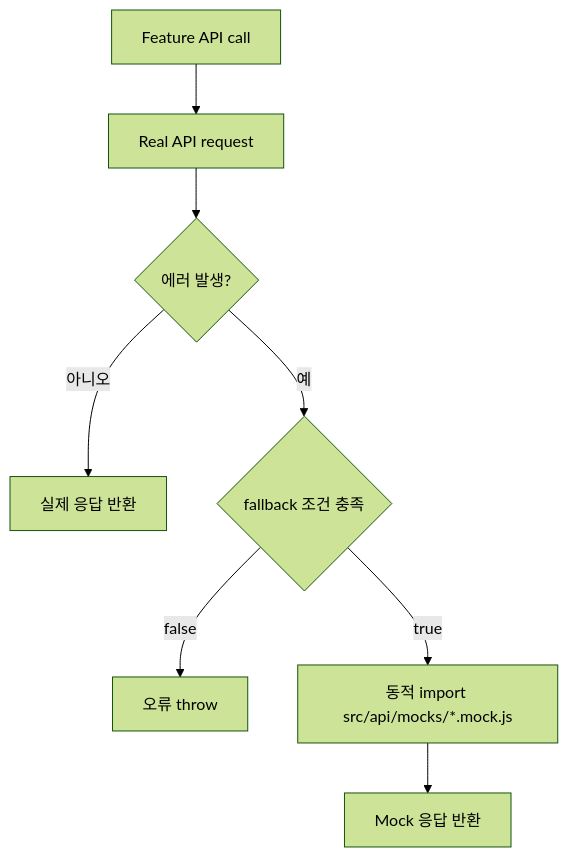
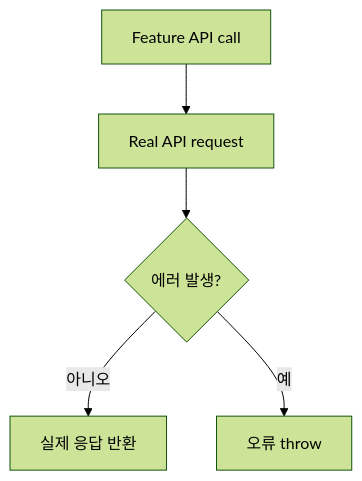
One commit to hanjm-github/beomseo.in changed the third of 13 diagrams in frontend/docs/frontend-architecture.md. Above: the diagram before and after it, drawn with Mermaid (forest theme). The commit also changed other lines of this file and 34 other files, not shown here.

````diff
--- a/frontend/docs/frontend-architecture.md
+++ b/frontend/docs/frontend-architecture.md
@@ -111,10 +109,7 @@
 ```mermaid
 flowchart TD
     A[Feature API call] --> B[Real API request]
     B --> C{에러 발생?}
     C -- 아니오 --> D[실제 응답 반환]
-    C -- 예 --> E{fallback 조건 충족}
-    E -- false --> F[오류 throw]
-    E -- true --> G[동적 import src/api/mocks/*.mock.js]
-    G --> H[Mock 응답 반환]
+    C -- 예 --> E[오류 throw]
 ```
````
